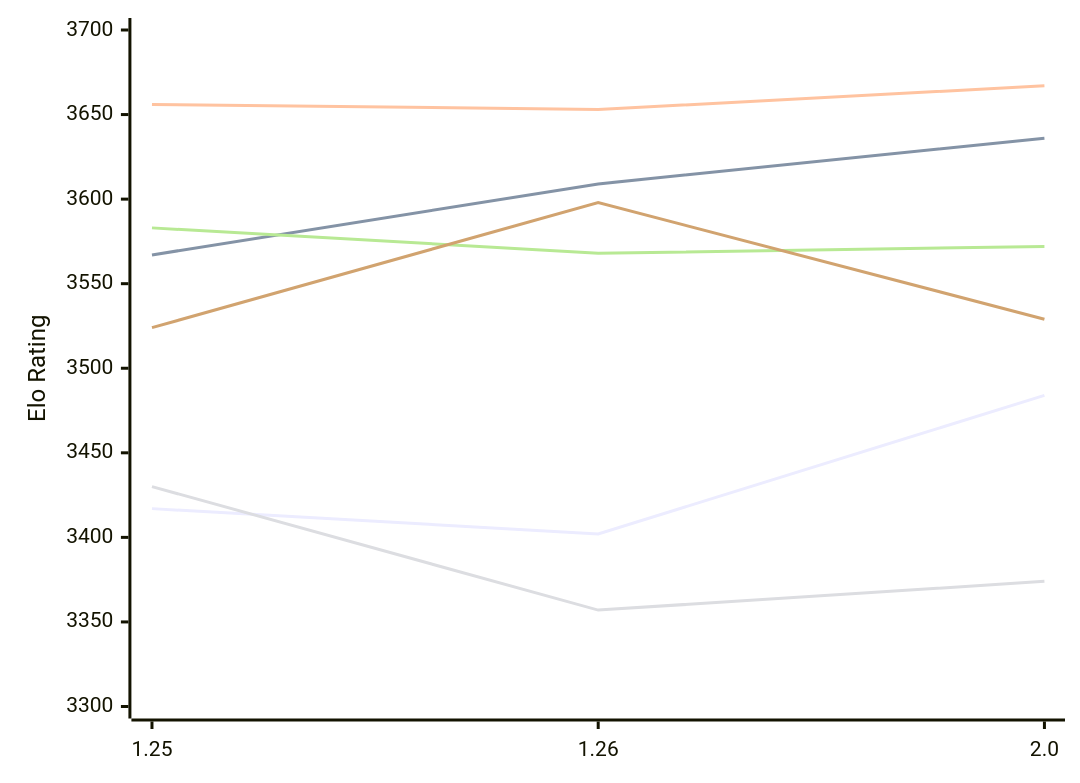
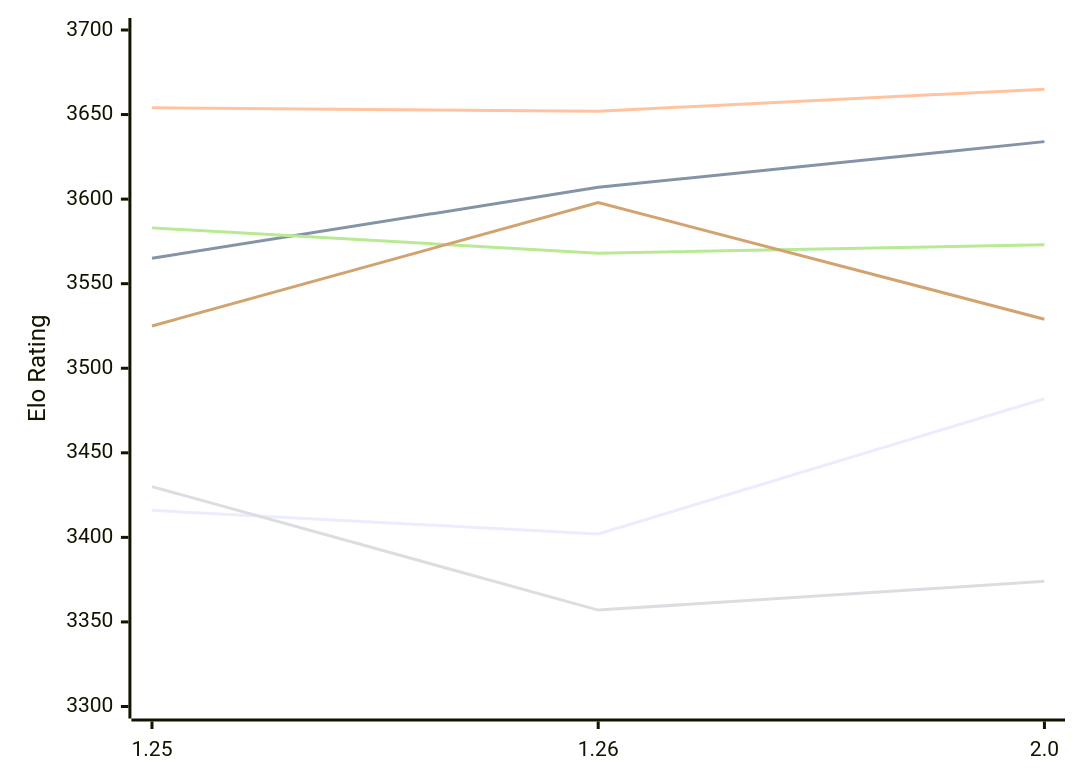
One commit to computer-chess-index/cci changed the first of 2 diagrams in engines/Caissa.md. Above: the diagram before and after it, drawn with Mermaid. The commit also changed other lines of this file, not shown here.

Commit message:
Update CCI Ratings (ELO VLTC) - 2026-11-27

````diff
--- a/engines/Caissa.md
+++ b/engines/Caissa.md
@@ -58,12 +58,12 @@
 ```mermaid
 %%{init: {"theme":"base","themeVariables":{"seriesColors:['#a3a3a3','#222221','#faa371']}}}%%
 xychart-beta
   x-axis ["1.25", "1.26", "2.0"]
   y-axis "Elo Rating" 3300 --> 3700
-  line "E1: STC (8.0+0.08s)" [3417, 3402, 3484]
-  line "E1: LTC (60.0+0.60s)" [3567, 3609, 3636]
-  line "E1: VLTC (2m24s+1.12s)" [3656, 3653, 3667]
+  line "E1: STC (8.0+0.08s)" [3416, 3402, 3482]
+  line "E1: LTC (60.0+0.60s)" [3565, 3607, 3634]
+  line "E1: VLTC (2m24s+1.12s)" [3654, 3652, 3665]
   line "P1: STC (8.0+0.08s)" [3430, 3357, 3374]
-  line "P1: LTC (60.0+0.60s)" [3583, 3568, 3572]
-  line "P1: VLTC (2m24s+1.12s)" [3524, 3598, 3529]
+  line "P1: LTC (60.0+0.60s)" [3583, 3568, 3573]
+  line "P1: VLTC (2m24s+1.12s)" [3525, 3598, 3529]
 ```
````
